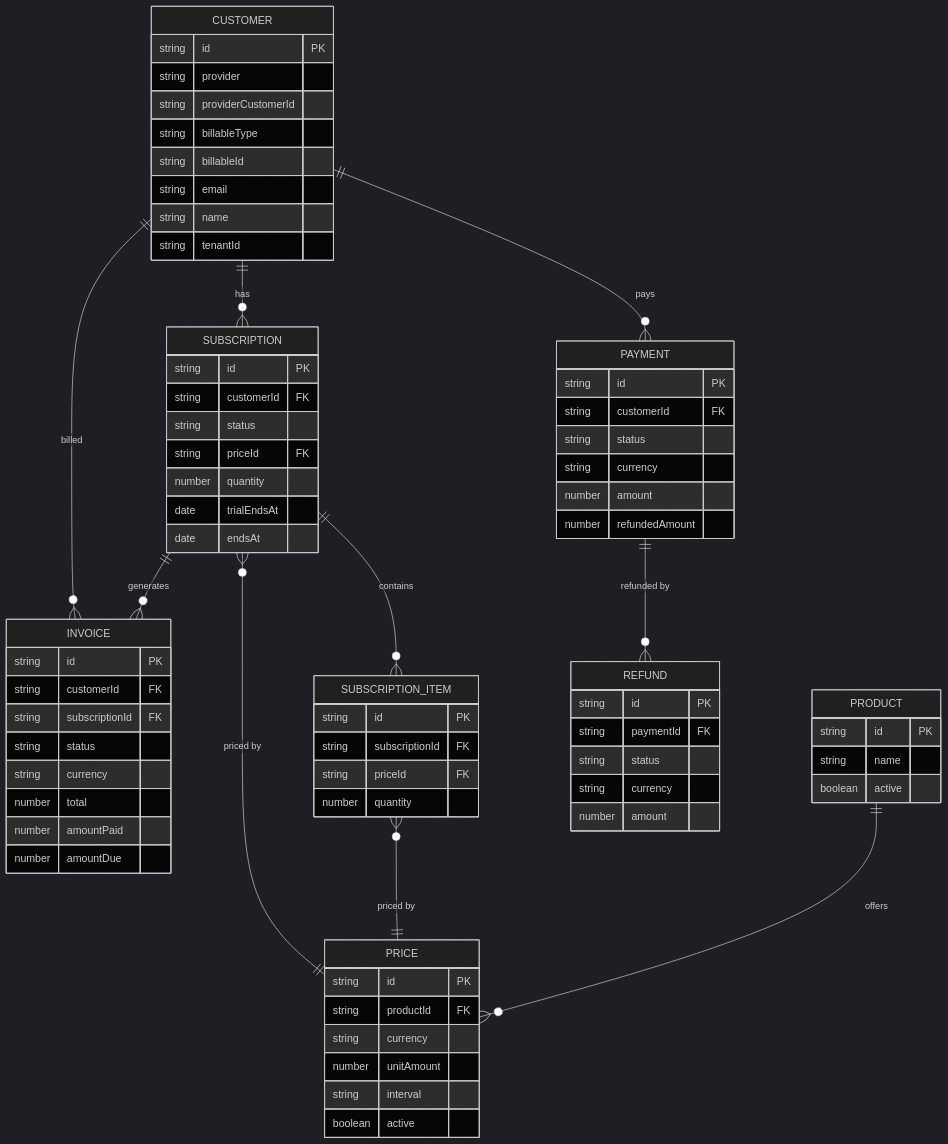
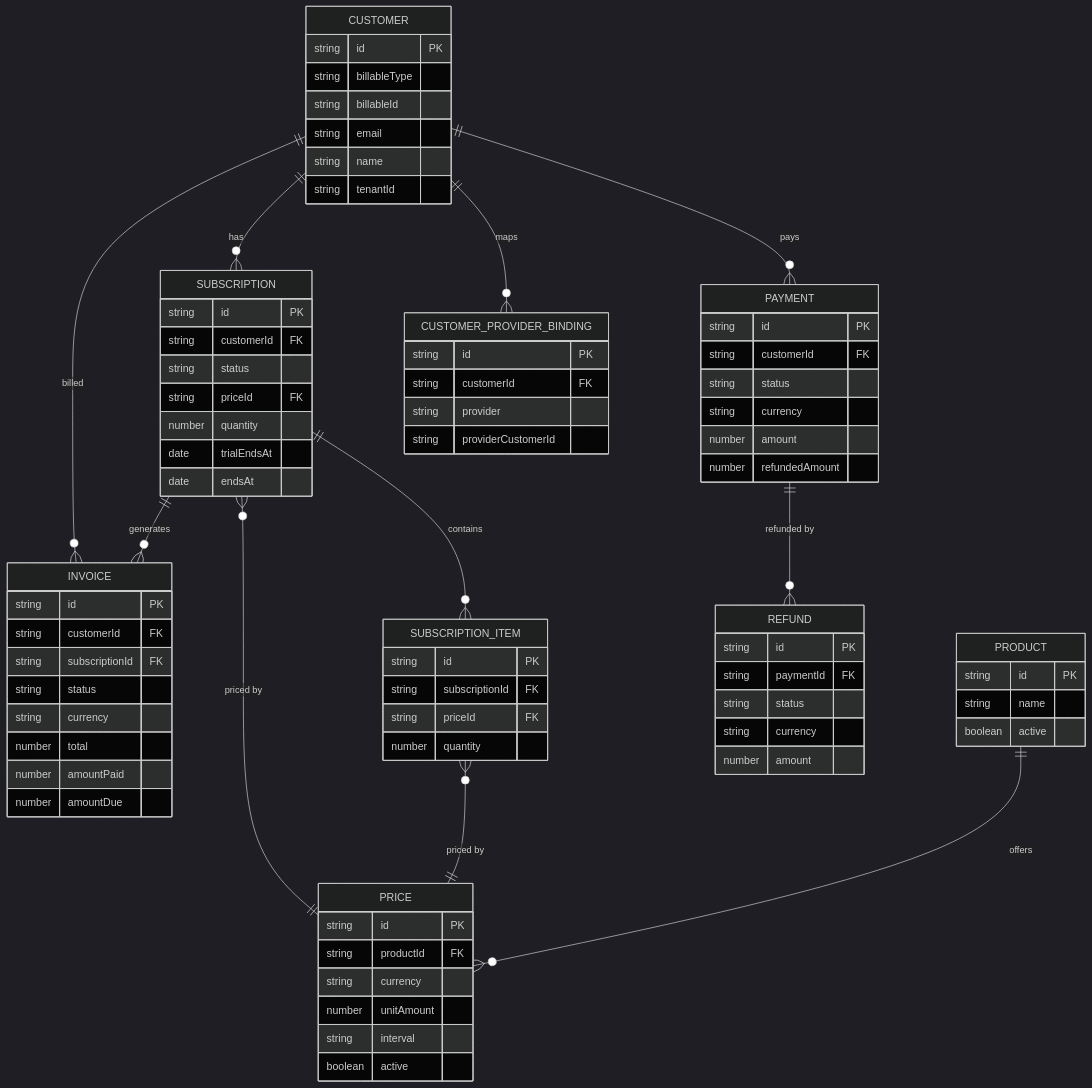
The diagram in _docs_src/domain/05-domain-model.md (kidiatoliny/payable-docs), drawn with Mermaid (dark theme) before and after one commit. The commit also changed other lines of this file and 5 other files, not shown here.

````diff
--- a/_docs_src/domain/05-domain-model.md
+++ b/_docs_src/domain/05-domain-model.md
@@ -23,76 +23,81 @@
 ```mermaid
 erDiagram
   CUSTOMER ||--o{ SUBSCRIPTION : has
   CUSTOMER ||--o{ INVOICE : billed
   CUSTOMER ||--o{ PAYMENT : pays
+  CUSTOMER ||--o{ CUSTOMER_PROVIDER_BINDING : maps
   SUBSCRIPTION ||--o{ SUBSCRIPTION_ITEM : contains
   SUBSCRIPTION ||--o{ INVOICE : generates
   SUBSCRIPTION }o--|| PRICE : "priced by"
   SUBSCRIPTION_ITEM }o--|| PRICE : "priced by"
   PRODUCT ||--o{ PRICE : offers
   PAYMENT ||--o{ REFUND : "refunded by"
 
   CUSTOMER {
     string id PK
-    string provider
-    string providerCustomerId
     string billableType
     string billableId
     string email
     string name
     string tenantId
+  }
+  CUSTOMER_PROVIDER_BINDING {
+    string id PK
+    string customerId FK
+    string provider
+    string providerCustomerId
   }
   SUBSCRIPTION {
     string id PK
     string customerId FK
     string status
     string priceId FK
     number quantity
     date trialEndsAt
     date endsAt
   }
   SUBSCRIPTION_ITEM {
     string id PK
     string subscriptionId FK
     string priceId FK
     number quantity
   }
   INVOICE {
     string id PK
     string customerId FK
     string subscriptionId FK
     string status
     string currency
     number total
     number amountPaid
     number amountDue
   }
   PAYMENT {
     string id PK
     string customerId FK
     string status
     string currency
     number amount
     number refundedAmount
   }
   REFUND {
     string id PK
     string paymentId FK
     string status
     string currency
     number amount
   }
   PRODUCT {
     string id PK
     string name
     boolean active
   }
   PRICE {
     string id PK
     string productId FK
     string currency
     number unitAmount
     string interval
     boolean active
   }
 ```
````
